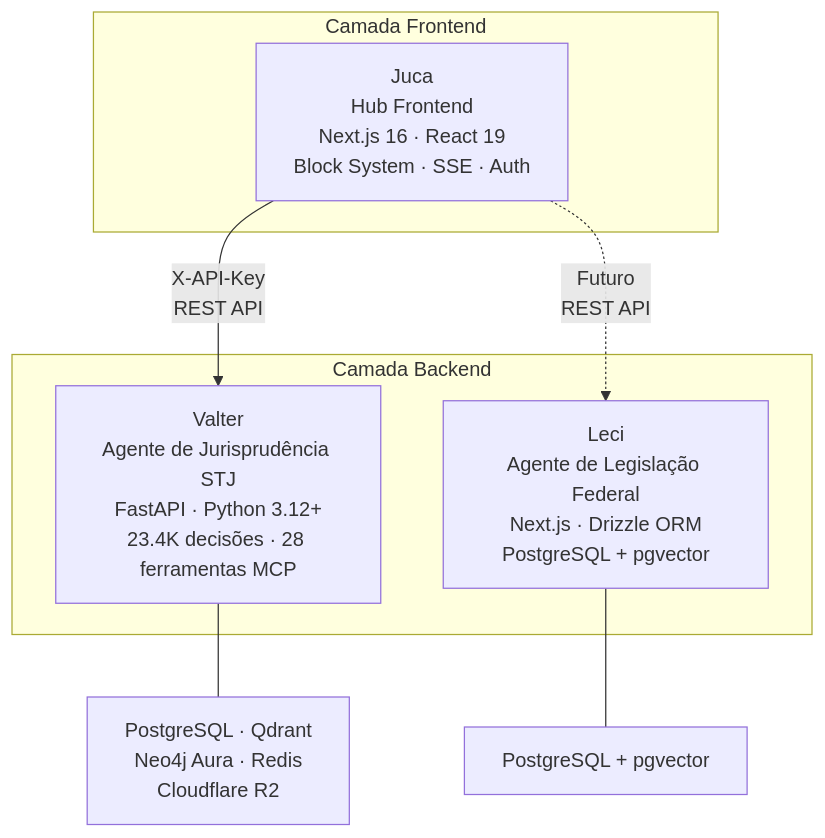
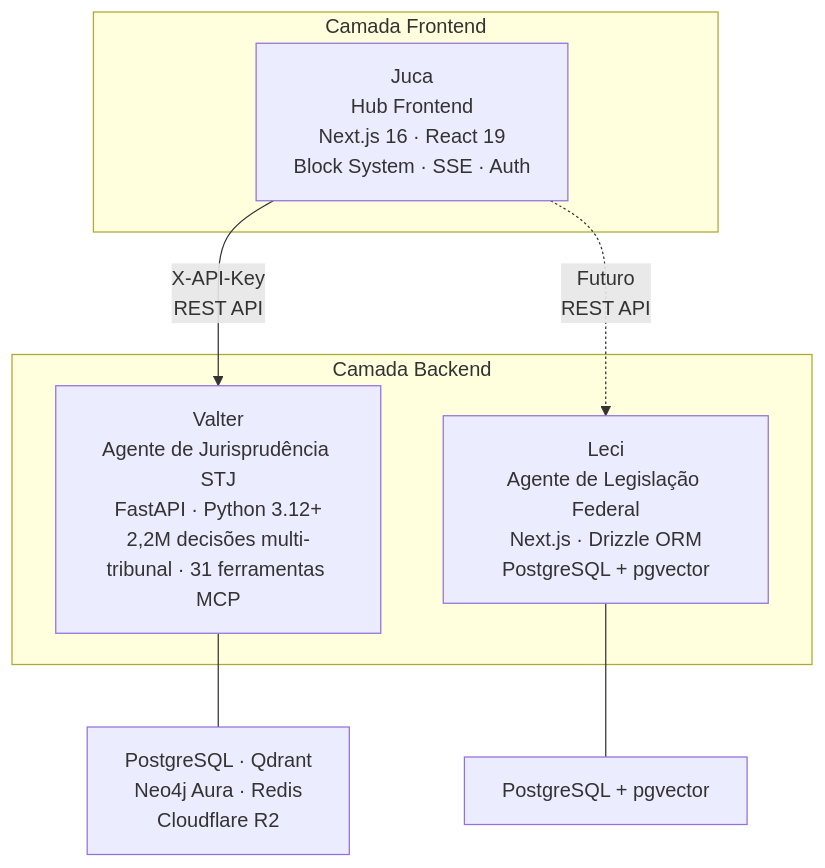
Before and after one commit to sensdiego/sens.legal: the diagram in sites/juca/src/content/docs/pt-br/architecture/ecosystem.md, drawn with Mermaid. The commit also changed other lines of this file and 14 other files, not shown here.

First line of the commit message:
docs(juca): sync with current Valter state — 2.2M decisions, 31 MCP tools, updated KG numbers

````diff
--- a/sites/juca/src/content/docs/pt-br/architecture/ecosystem.md
+++ b/sites/juca/src/content/docs/pt-br/architecture/ecosystem.md
@@ -15,16 +15,16 @@
 ```mermaid
 graph TB
     subgraph "Camada Frontend"
         Juca["Juca<br/>Hub Frontend<br/>Next.js 16 · React 19<br/>Block System · SSE · Auth"]
     end
     subgraph "Camada Backend"
-        Valter["Valter<br/>Agente de Jurisprudência STJ<br/>FastAPI · Python 3.12+<br/>23.4K decisões · 28 ferramentas MCP"]
+        Valter["Valter<br/>Agente de Jurisprudência STJ<br/>FastAPI · Python 3.12+<br/>2,2M decisões multi-tribunal · 31 ferramentas MCP"]
         Leci["Leci<br/>Agente de Legislação Federal<br/>Next.js · Drizzle ORM<br/>PostgreSQL + pgvector"]
     end
 
     Juca -->|"X-API-Key<br/>REST API"| Valter
     Juca -.->|"Futuro<br/>REST API"| Leci
 
     Valter --- VDB["PostgreSQL · Qdrant<br/>Neo4j Aura · Redis<br/>Cloudflare R2"]
     Leci --- LDB["PostgreSQL + pgvector"]
 ```
````
